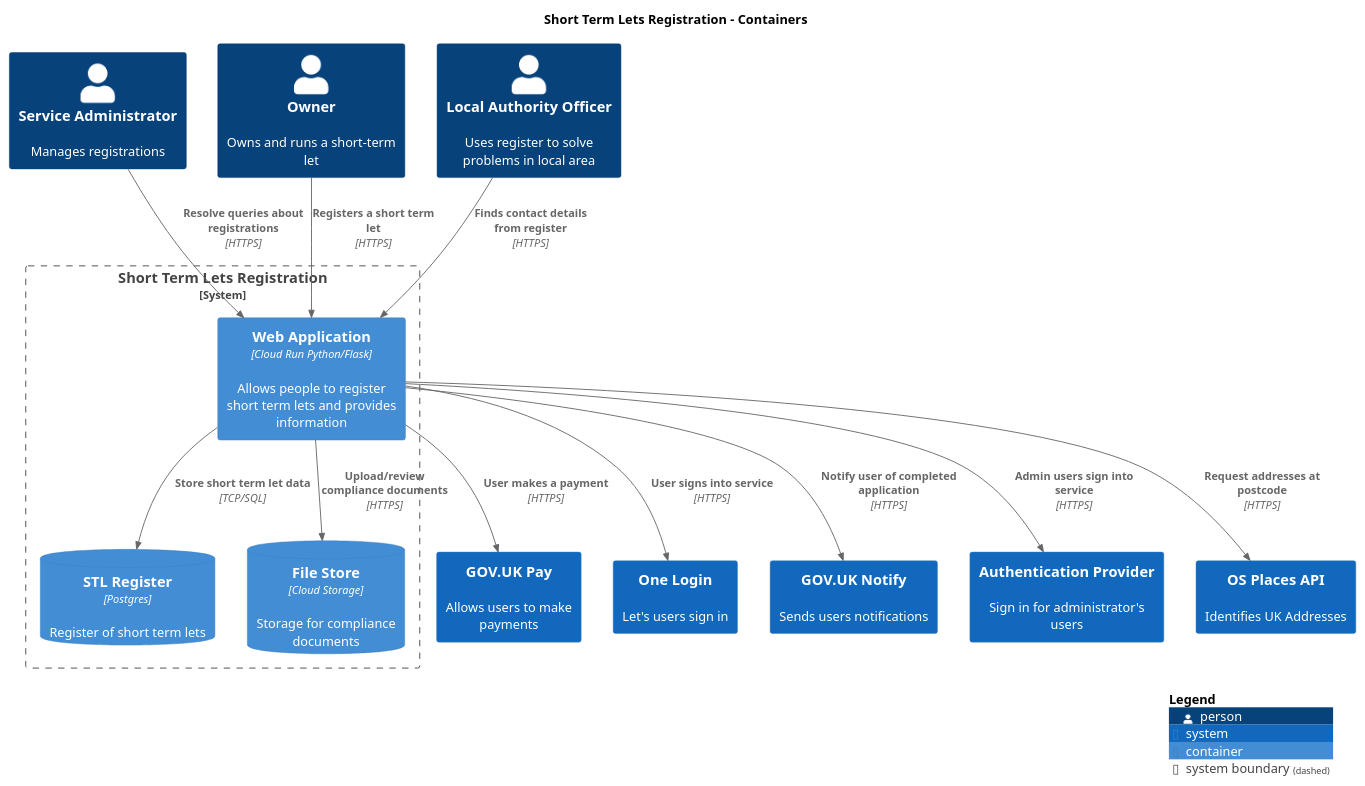
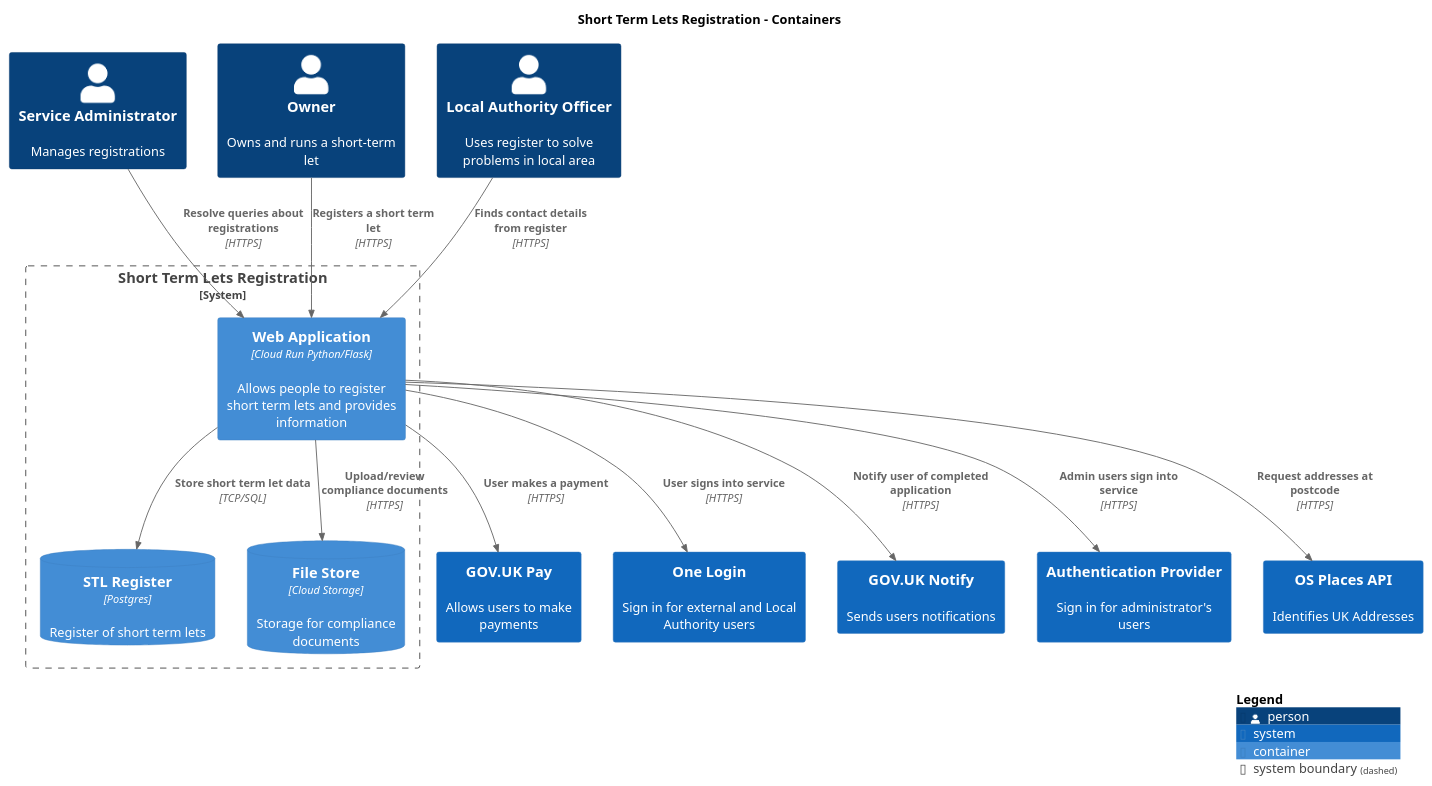
Before and after one commit to DCMSstats/stl-architecture: the diagram in main/puml/Containers.puml, drawn with PlantUML. The commit also changed 30 other files, not shown here.

Commit message:
Deploying to gh-pages from @ DCMSstats/stl-architecture@43df7fa9b97735cc9215010e5679472bf61caa8f 🚀

```diff
--- a/main/puml/Containers.puml
+++ b/main/puml/Containers.puml
@@ -1,38 +1,38 @@
 @startuml
 set separator none
 title Short Term Lets Registration - Containers
 
 top to bottom direction
 
 !include <C4/C4>
 !include <C4/C4_Context>
 !include <C4/C4_Container>
 
 Person(ServiceAdministrator, "Service Administrator", $descr="Manages registrations", $tags="", $link="")
 Person(Owner, "Owner", $descr="Owns and runs a short-term let", $tags="", $link="")
 Person(LocalAuthorityOfficer, "Local Authority Officer", $descr="Uses register to solve problems in local area", $tags="", $link="")
 System(GOVUKPay, "GOV.UK Pay", $descr="Allows users to make payments", $tags="", $link="")
-System(OneLogin, "One Login", $descr="Let's users sign in", $tags="", $link="")
+System(OneLogin, "One Login", $descr="Sign in for external and Local Authority users", $tags="", $link="")
 System(GOVUKNotify, "GOV.UK Notify", $descr="Sends users notifications", $tags="", $link="")
 System(AuthenticationProvider, "Authentication Provider", $descr="Sign in for administrator's users", $tags="", $link="")
 System(OSPlacesAPI, "OS Places API", $descr="Identifies UK Addresses", $tags="", $link="")
 
 System_Boundary("ShortTermLetsRegistration_boundary", "Short Term Lets Registration", $tags="") {
   Container(ShortTermLetsRegistration.WebApplication, "Web Application", $techn="Cloud Run Python/Flask", $descr="Allows people to register short term lets and provides information", $tags="", $link="")
   ContainerDb(ShortTermLetsRegistration.STLRegister, "STL Register", $techn="Postgres", $descr="Register of short term lets", $tags="", $link="")
   ContainerDb(ShortTermLetsRegistration.FileStore, "File Store", $techn="Cloud Storage", $descr="Storage for compliance documents", $tags="", $link="")
 }
 
 Rel(Owner, ShortTermLetsRegistration.WebApplication, "Registers a short term let", $techn="HTTPS", $tags="", $link="")
 Rel(ServiceAdministrator, ShortTermLetsRegistration.WebApplication, "Resolve queries about registrations", $techn="HTTPS", $tags="", $link="")
 Rel(LocalAuthorityOfficer, ShortTermLetsRegistration.WebApplication, "Finds contact details from register", $techn="HTTPS", $tags="", $link="")
 Rel(ShortTermLetsRegistration.WebApplication, ShortTermLetsRegistration.STLRegister, "Store short term let data", $techn="TCP/SQL", $tags="", $link="")
 Rel(ShortTermLetsRegistration.WebApplication, GOVUKPay, "User makes a payment", $techn="HTTPS", $tags="", $link="")
 Rel(ShortTermLetsRegistration.WebApplication, OneLogin, "User signs into service", $techn="HTTPS", $tags="", $link="")
 Rel(ShortTermLetsRegistration.WebApplication, AuthenticationProvider, "Admin users sign into service", $techn="HTTPS", $tags="", $link="")
 Rel(ShortTermLetsRegistration.WebApplication, GOVUKNotify, "Notify user of completed application", $techn="HTTPS", $tags="", $link="")
 Rel(ShortTermLetsRegistration.WebApplication, ShortTermLetsRegistration.FileStore, "Upload/review compliance documents", $techn="HTTPS", $tags="", $link="")
 Rel(ShortTermLetsRegistration.WebApplication, OSPlacesAPI, "Request addresses at postcode", $techn="HTTPS", $tags="", $link="")
 
 SHOW_LEGEND(true)
 @enduml
```
